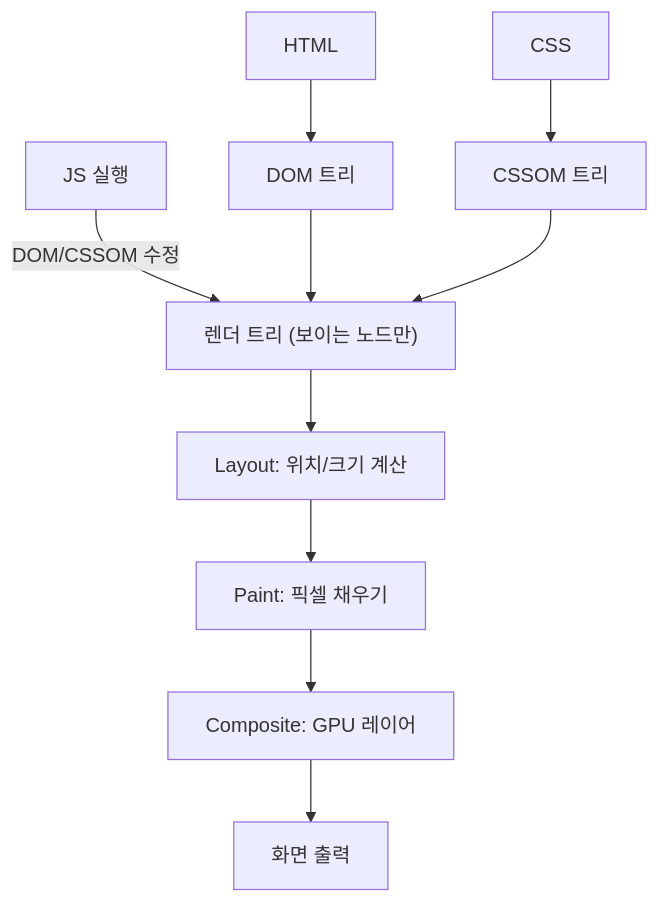
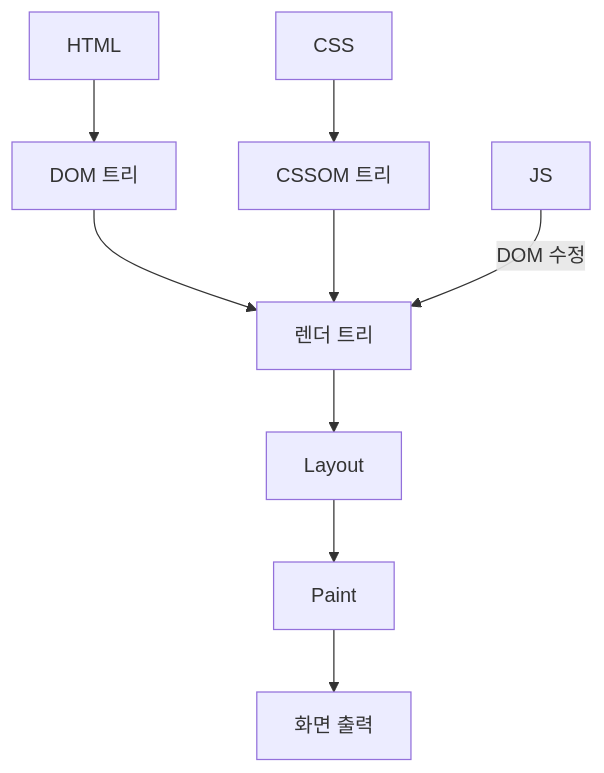
The first of 8 diagrams in _posts/frontend/2026-05-01-browser-rendering.md (yjkim2015/yjkim2015.github.io), drawn with Mermaid before and after one commit. The commit also changed other lines of this file and 155 other files, not shown here.

First line of the commit message:
Mermaid 전면 수정: subgraph 제거, participant/노드/줄수 축소 (342블록)

````diff
--- a/_posts/frontend/2026-05-01-browser-rendering.md
+++ b/_posts/frontend/2026-05-01-browser-rendering.md
@@ -30,12 +30,11 @@
 ```mermaid
 flowchart TD
     HTML["HTML"] --> DOM["DOM 트리"]
     CSS["CSS"] --> CSSOM["CSSOM 트리"]
-    JS["JS 실행"] -->|"DOM/CSSOM 수정"| RT
-    DOM --> RT["렌더 트리 (보이는 노드만)"]
+    DOM --> RT["렌더 트리"]
     CSSOM --> RT
-    RT --> LAYOUT["Layout: 위치/크기 계산"]
-    LAYOUT --> PAINT["Paint: 픽셀 채우기"]
-    PAINT --> COMPOSITE["Composite: GPU 레이어"]
-    COMPOSITE --> SCREEN["화면 출력"]
+    JS["JS"] -->|"DOM 수정"| RT
+    RT --> LAYOUT["Layout"]
+    LAYOUT --> PAINT["Paint"]
+    PAINT --> SCREEN["화면 출력"]
 ```
````
